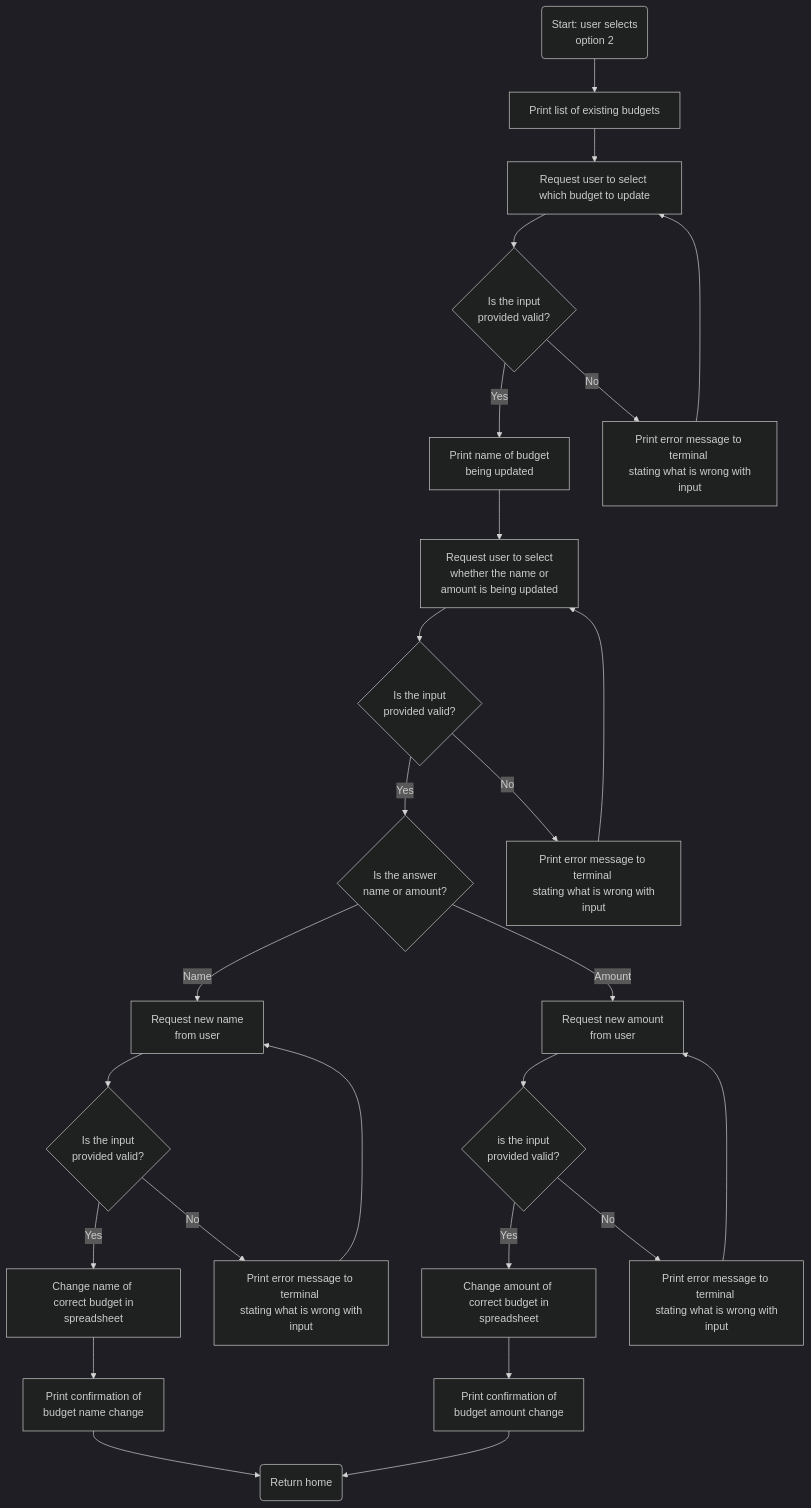
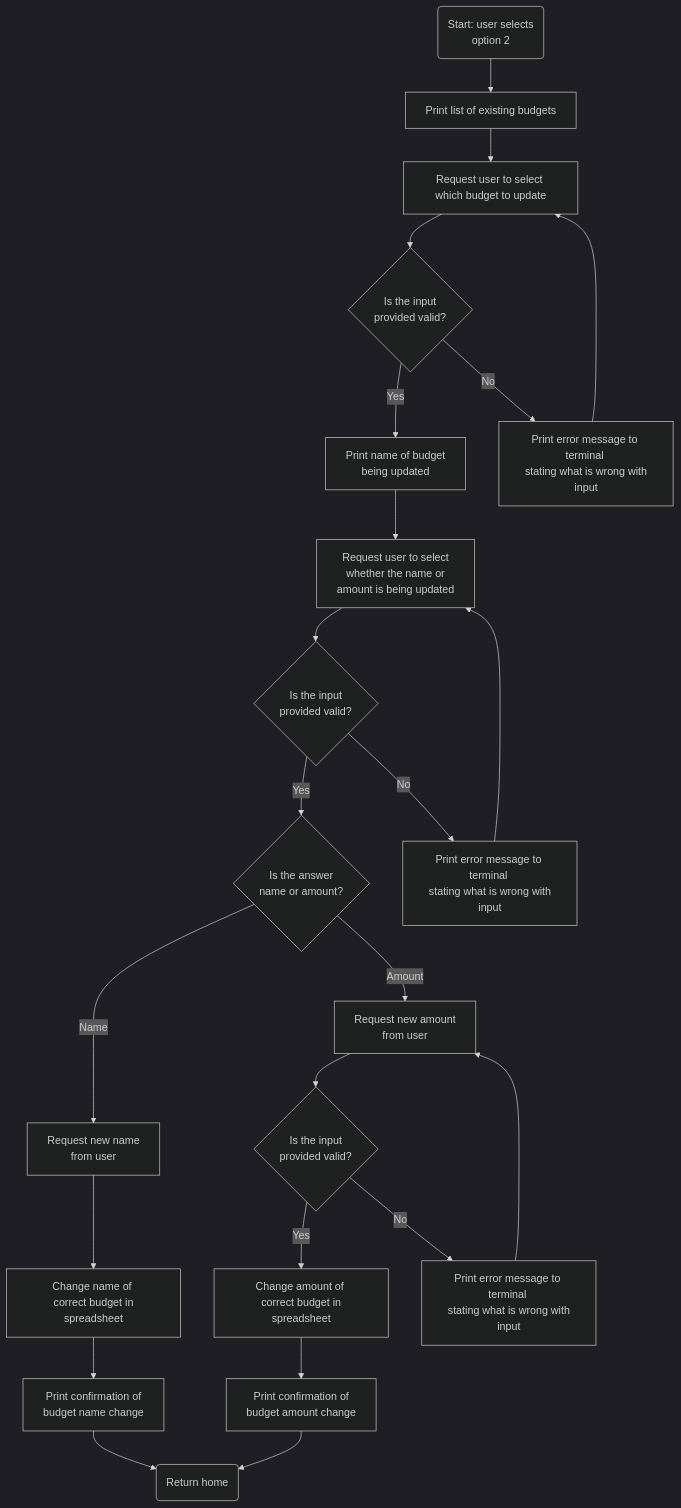
Before and after one commit to EvitaKnits/Cashflow-Companion: the third of 8 diagrams in README.md, drawn with Mermaid (dark theme). The commit also changed other lines of this file, not shown here.

Commit message:
Update flowcharts in readme from bm bug one changes

````diff
--- a/README.md
+++ b/README.md
@@ -161,28 +159,25 @@
 ```mermaid
 flowchart TD
     A(Start: user selects \n option 2) --> A1[Print list of existing budgets]
     A1 --> B[Request user to select which budget to update]
     B --> C{Is the input \n provided valid?}
     C -->|Yes| E[Print name of budget \n being updated]
     C -->|No| D[Print error message to terminal \n stating what is wrong with input]
     D -->B
     E -->F[Request user to select \n whether the name or \n amount is being updated]
     F --> G{Is the input \n provided valid?}
     G -->|Yes| I{Is the answer \n name or amount?} 
     G -->|No| J[Print error message to terminal \n stating what is wrong with input]
     J --> F
     I -->|Name| K[Request new name \n from user]
-    I -->|Amount| L[Request new amount \n from user]
-    K --> M{Is the input \n provided valid?}
-    L --> N{is the input \n provided valid?}
-    M -->|Yes| Q[Change name of \n correct budget in spreadsheet]
-    M -->|No| O[Print error message to terminal \n stating what is wrong with input]
-    O --> K
+    K --> L[Change name of \n correct budget in spreadsheet]
+    I -->|Amount| M[Request new amount \n from user]
+    M --> N{Is the input \n provided valid?}
     N -->|Yes| R[Change amount of \n correct budget in spreadsheet]
     N -->|No| P[Print error message to terminal \n stating what is wrong with input]    
-    P --> L
-    Q --> S[Print confirmation of \n budget name change]
+    P --> M
+    L --> S[Print confirmation of \n budget name change]
     R --> T[Print confirmation of \n budget amount change]
     S --> U(Return home)
     T --> U
 ```
````
